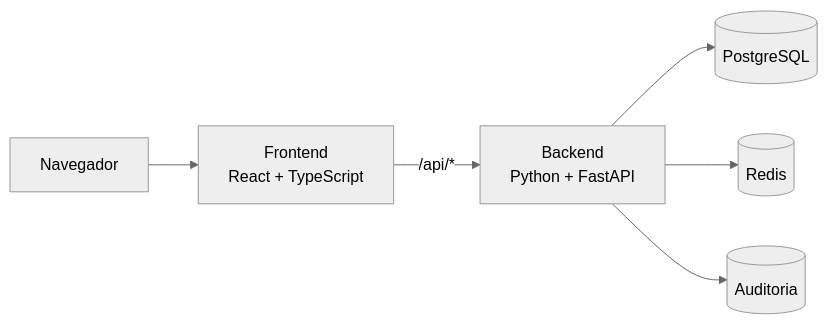
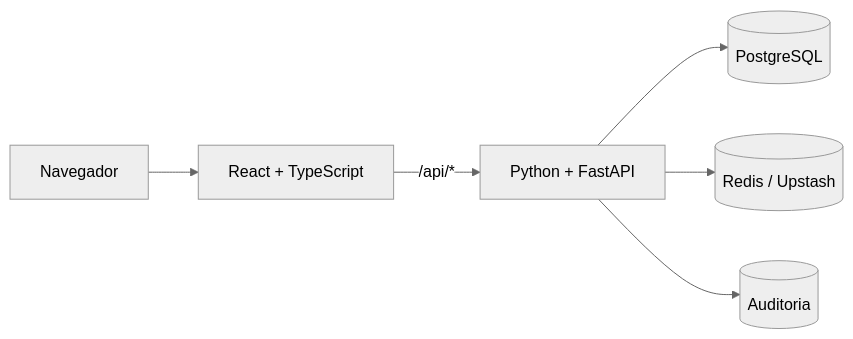
One commit to LuKeTempestt/nexo-pessoas changed the diagram in README.md. Above: the diagram before and after it, drawn with Mermaid (neutral theme). The commit also changed other lines of this file and 47 other files, not shown here.

````diff
--- a/README.md
+++ b/README.md
@@ -26,8 +72,8 @@
 ```mermaid
 flowchart LR
-    B[Navegador] --> F[Frontend\nReact + TypeScript]
-    F -->|/api/*| A[Backend\nPython + FastAPI]
+    B[Navegador] --> F[React + TypeScript]
+    F -->|/api/*| A[Python + FastAPI]
     A --> P[(PostgreSQL)]
-    A --> R[(Redis)]
+    A --> R[(Redis / Upstash)]
     A --> U[(Auditoria)]
 ```
````
